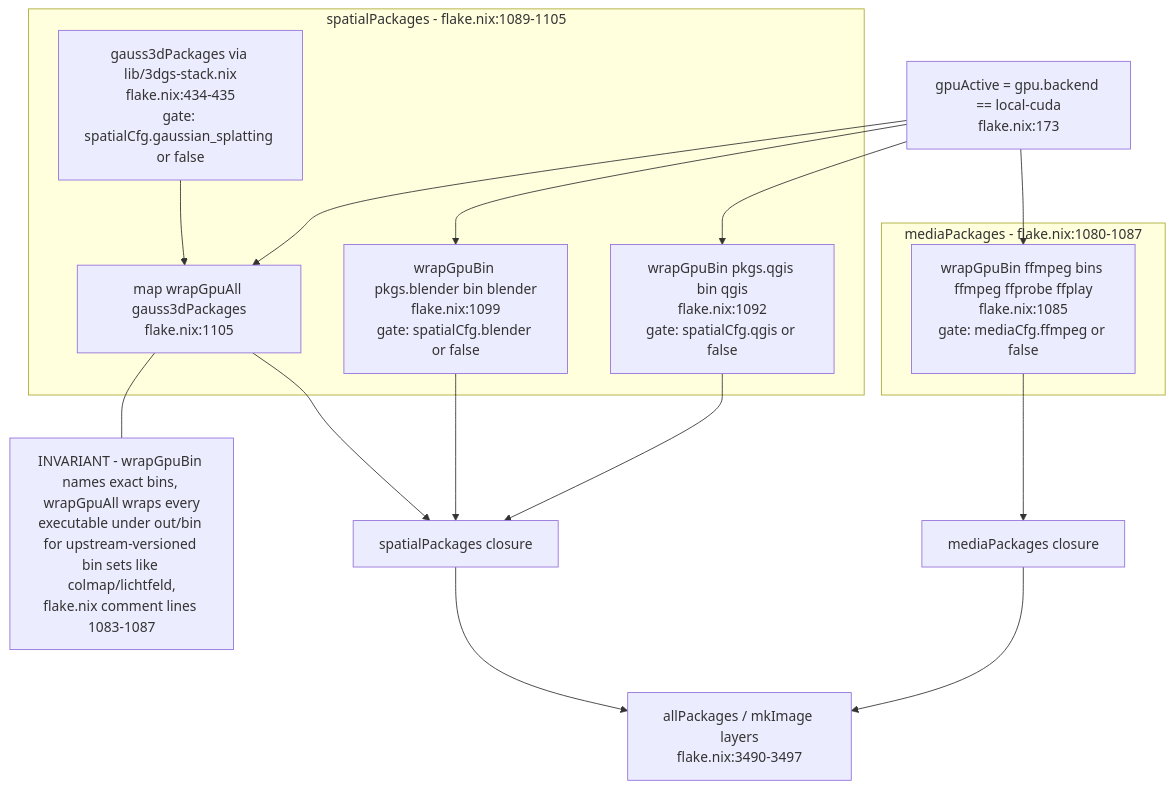
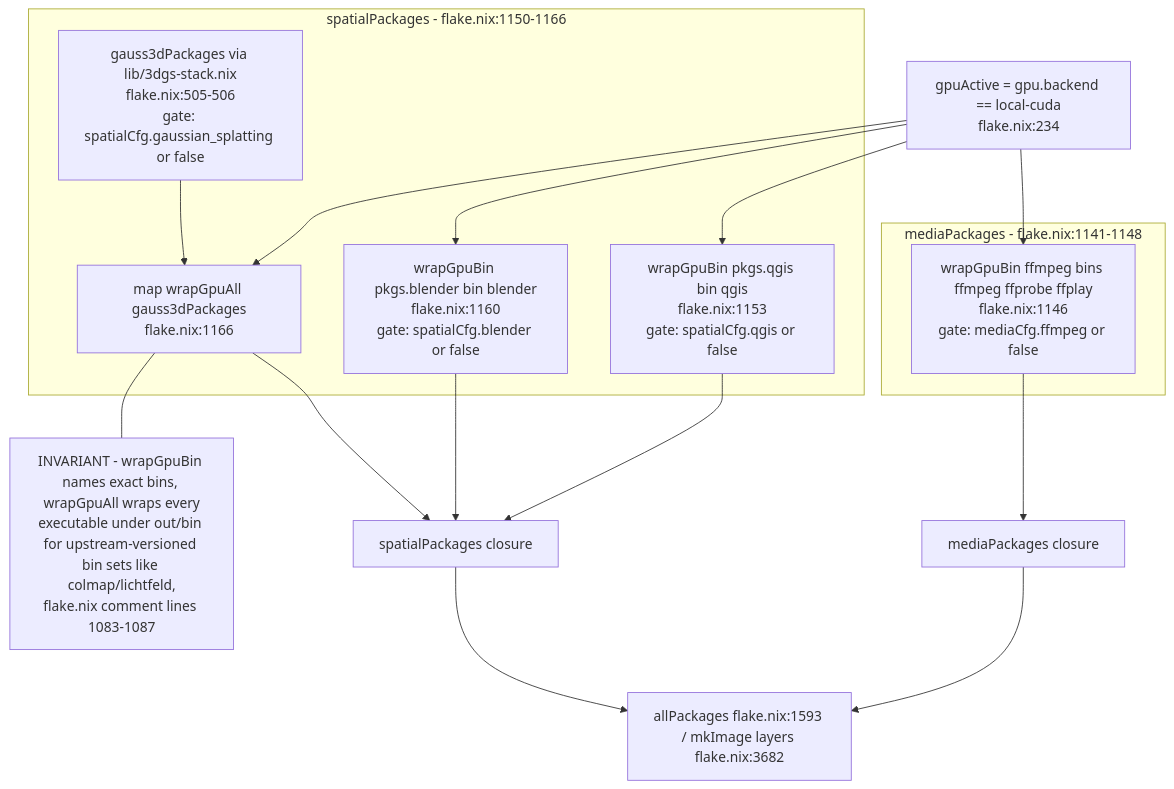
Before and after one commit to DreamLab-AI/VisionFlow: the seventh of 11 diagrams in docs/diagrams/agentbox/01-nix-flake-composition.md, drawn with Mermaid. The commit also changed other lines of this file and 51 other files, not shown here.

First line of the commit message:
docs(diagrams): agentbox AB-01..13 re-attested anchor by anchor (980 anchors, 22 defects); checkpoint against an out-of-mesh writer

````diff
--- a/docs/diagrams/agentbox/01-nix-flake-composition.md
+++ b/docs/diagrams/agentbox/01-nix-flake-composition.md
@@ -269,32 +269,32 @@
 ```mermaid
 flowchart TB
-    GPUACT["gpuActive = gpu.backend == local-cuda<br/>flake.nix:173"]
+    GPUACT["gpuActive = gpu.backend == local-cuda<br/>flake.nix:234"]
 
-    subgraph MEDIA["mediaPackages - flake.nix:1080-1087"]
-        FF["wrapGpuBin ffmpeg bins ffmpeg ffprobe ffplay<br/>flake.nix:1085<br/>gate: mediaCfg.ffmpeg or false"]
+    subgraph MEDIA["mediaPackages - flake.nix:1141-1148"]
+        FF["wrapGpuBin ffmpeg bins ffmpeg ffprobe ffplay<br/>flake.nix:1146<br/>gate: mediaCfg.ffmpeg or false"]
     end
 
-    subgraph SPATIAL["spatialPackages - flake.nix:1089-1105"]
-        QGIS["wrapGpuBin pkgs.qgis bin qgis<br/>flake.nix:1092<br/>gate: spatialCfg.qgis or false"]
-        BLENDER["wrapGpuBin pkgs.blender bin blender<br/>flake.nix:1099<br/>gate: spatialCfg.blender or false"]
-        GAUSS["gauss3dPackages via lib/3dgs-stack.nix<br/>flake.nix:434-435<br/>gate: spatialCfg.gaussian_splatting or false"]
-        WRAPALL["map wrapGpuAll gauss3dPackages<br/>flake.nix:1105"]
+    subgraph SPATIAL["spatialPackages - flake.nix:1150-1166"]
+        QGIS["wrapGpuBin pkgs.qgis bin qgis<br/>flake.nix:1153<br/>gate: spatialCfg.qgis or false"]
+        BLENDER["wrapGpuBin pkgs.blender bin blender<br/>flake.nix:1160<br/>gate: spatialCfg.blender or false"]
+        GAUSS["gauss3dPackages via lib/3dgs-stack.nix<br/>flake.nix:505-506<br/>gate: spatialCfg.gaussian_splatting or false"]
+        WRAPALL["map wrapGpuAll gauss3dPackages<br/>flake.nix:1166"]
         GAUSS --> WRAPALL
     end
 
     GPUACT --> FF
     GPUACT --> QGIS
     GPUACT --> BLENDER
     GPUACT --> WRAPALL
 
     FF --> MEDIAPKG["mediaPackages closure"]
     QGIS --> SPATIALPKG["spatialPackages closure"]
     BLENDER --> SPATIALPKG
     WRAPALL --> SPATIALPKG
 
-    MEDIAPKG --> ALLPKG["allPackages / mkImage layers<br/>flake.nix:3490-3497"]
+    MEDIAPKG --> ALLPKG["allPackages flake.nix:1593 / mkImage layers flake.nix:3682"]
     SPATIALPKG --> ALLPKG
 
     NOTE1["INVARIANT - wrapGpuBin names exact bins, wrapGpuAll wraps every<br/>executable under out/bin for upstream-versioned bin sets like colmap/lichtfeld,<br/>flake.nix comment lines 1083-1087"]
     WRAPALL --- NOTE1
 ```
````
